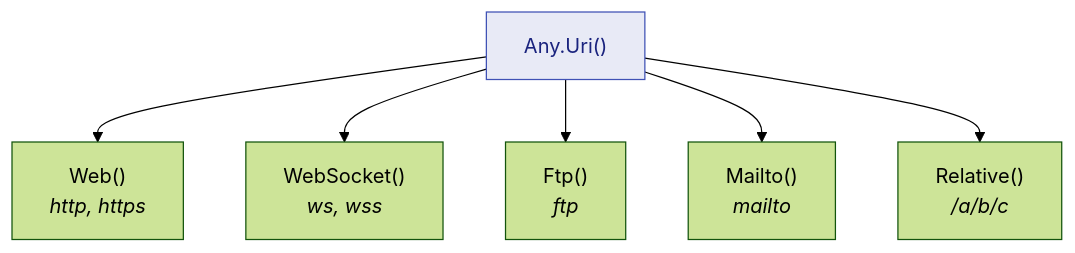
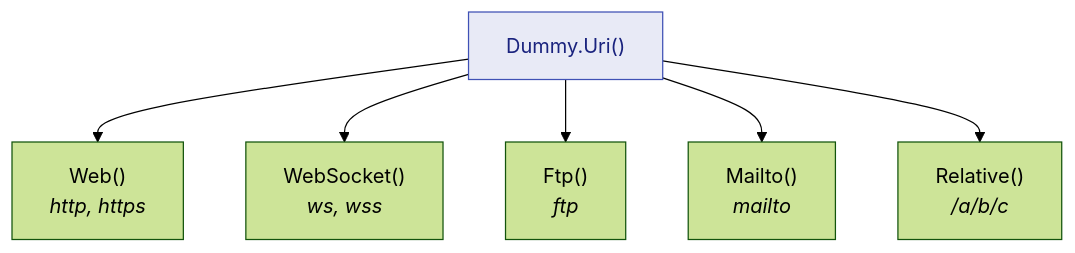
The diagram in doc/handwritten/for-users/generators/guids-and-uris.en.md (Reefact/just-dummies), drawn with Mermaid (forest theme) before and after one commit. The commit also changed other lines of this file and 755 other files, not shown here.

````diff
--- a/doc/handwritten/for-users/generators/guids-and-uris.en.md
+++ b/doc/handwritten/for-users/generators/guids-and-uris.en.md
@@ -42,11 +42,11 @@
 ```mermaid
 flowchart TD
-    accTitle: The URI kinds Any.Uri() can draw
-    accDescr: Any.Uri() branches to Web for http and https, WebSocket for ws and wss, Ftp for ftp, Mailto for mailto, and Relative for a path such as /a/b/c.
-    U["Any.Uri()"] --> W["Web()<br/><i>http, https</i>"]
+    accTitle: The URI kinds Dummy.Uri() can draw
+    accDescr: Dummy.Uri() branches to Web for http and https, WebSocket for ws and wss, Ftp for ftp, Mailto for mailto, and Relative for a path such as /a/b/c.
+    U["Dummy.Uri()"] --> W["Web()<br/><i>http, https</i>"]
     U --> S["WebSocket()<br/><i>ws, wss</i>"]
     U --> F["Ftp()<br/><i>ftp</i>"]
     U --> M["Mailto()<br/><i>mailto</i>"]
     U --> R["Relative()<br/><i>/a/b/c</i>"]
     style U fill:#e8eaf6,stroke:#3f51b5,color:#1a237e
 ```
````
